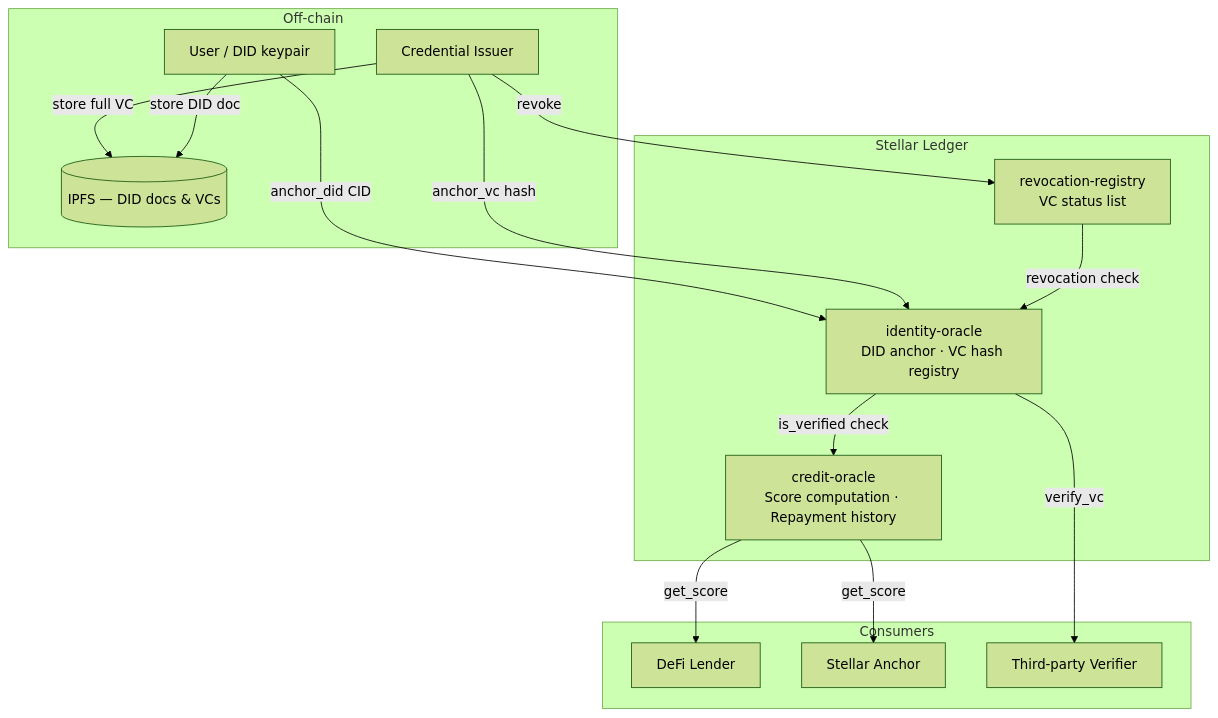
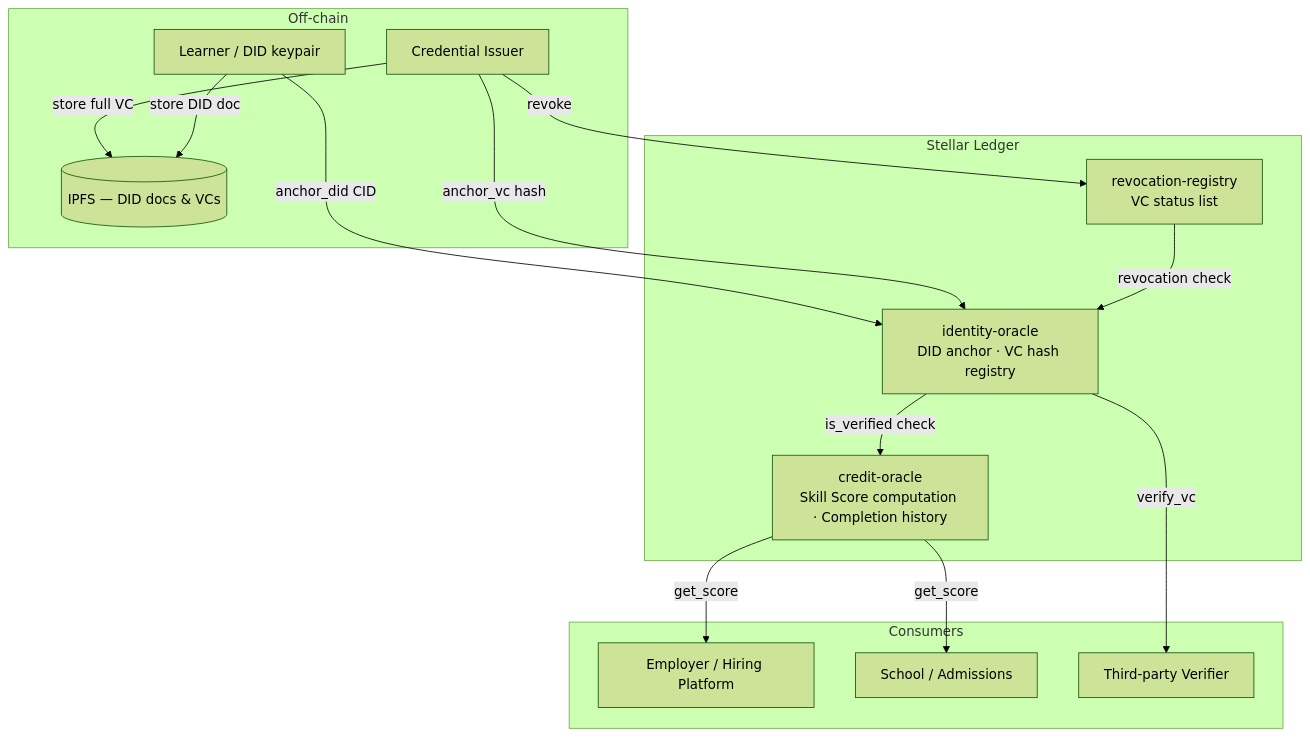
The diagram in README.md (Primex-tech-labs/Educhain-Academy), drawn with Mermaid (forest theme) before and after one commit. The commit also changed other lines of this file and 9 other files, not shown here.

````diff
--- a/README.md
+++ b/README.md
@@ -54,31 +54,31 @@
 ```mermaid
 graph TB
     subgraph Off-chain
-        USER[User / DID keypair]
+        USER[Learner / DID keypair]
         ISSUER[Credential Issuer]
         IPFS[(IPFS — DID docs & VCs)]
     end
 
     subgraph Stellar Ledger
         IO[identity-oracle\nDID anchor · VC hash registry]
-        CO[credit-oracle\nScore computation · Repayment history]
+        CO[credit-oracle\nSkill Score computation · Completion history]
         RR[revocation-registry\nVC status list]
     end
 
     subgraph Consumers
-        LENDER[DeFi Lender]
-        ANCHOR[Stellar Anchor]
+        EMPLOYER[Employer / Hiring Platform]
+        SCHOOL[School / Admissions]
         VERIFIER[Third-party Verifier]
     end
 
     USER    -->|anchor_did CID| IO
     ISSUER  -->|anchor_vc hash| IO
     ISSUER  -->|store full VC| IPFS
     USER    -->|store DID doc| IPFS
     IO      -->|is_verified check| CO
     RR      -->|revocation check| IO
     ISSUER  -->|revoke| RR
-    CO      -->|get_score| LENDER
-    CO      -->|get_score| ANCHOR
+    CO      -->|get_score| EMPLOYER
+    CO      -->|get_score| SCHOOL
     IO      -->|verify_vc| VERIFIER
 ```
````
